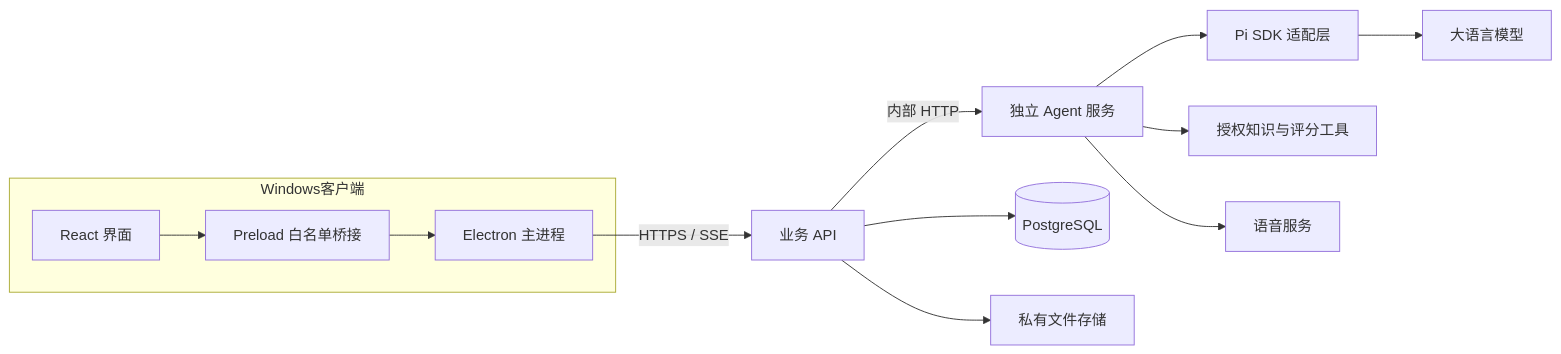
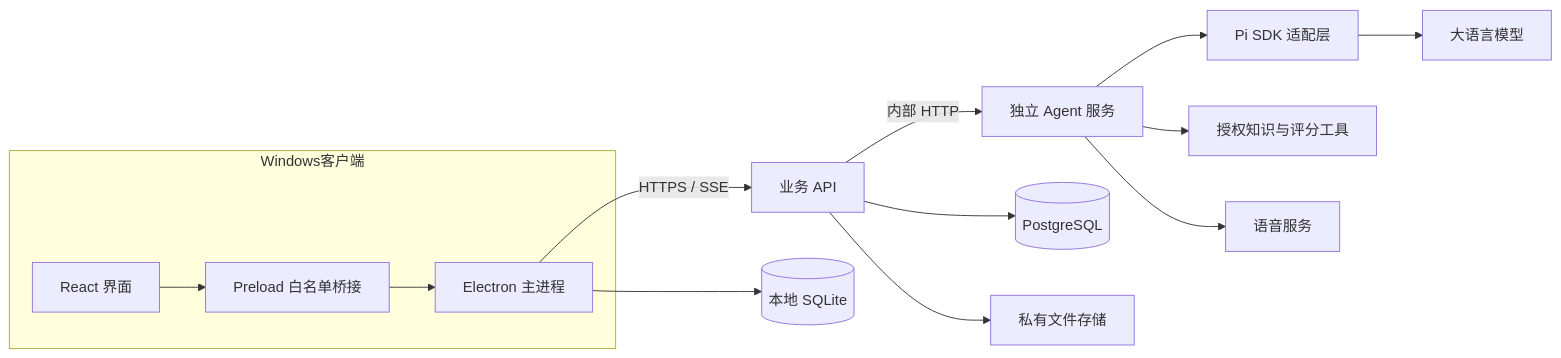
One commit to k65010825-ship-it/AI-self-evolving-simulated-interview changed the diagram in README.md. Above: the diagram before and after it, drawn with Mermaid. The commit also changed other lines of this file and 46 other files, not shown here.

First line of the commit message:
feat(db): split student data to local SQLite and correct management schema

````diff
--- a/README.md
+++ b/README.md
@@ -97,15 +100,16 @@
 ```mermaid
 flowchart LR
   subgraph Windows客户端
     UI[React 界面] --> Bridge[Preload 白名单桥接]
     Bridge --> Main[Electron 主进程]
   end
   Main -->|HTTPS / SSE| API[业务 API]
+  Main --> Local[(本地 SQLite)]
   API -->|内部 HTTP| Agent[独立 Agent 服务]
   API --> DB[(PostgreSQL)]
   API --> Files[私有文件存储]
   Agent --> Pi[Pi SDK 适配层]
   Agent --> Tools[授权知识与评分工具]
   Pi --> Models[大语言模型]
   Agent --> Speech[语音服务]
 ```
````
